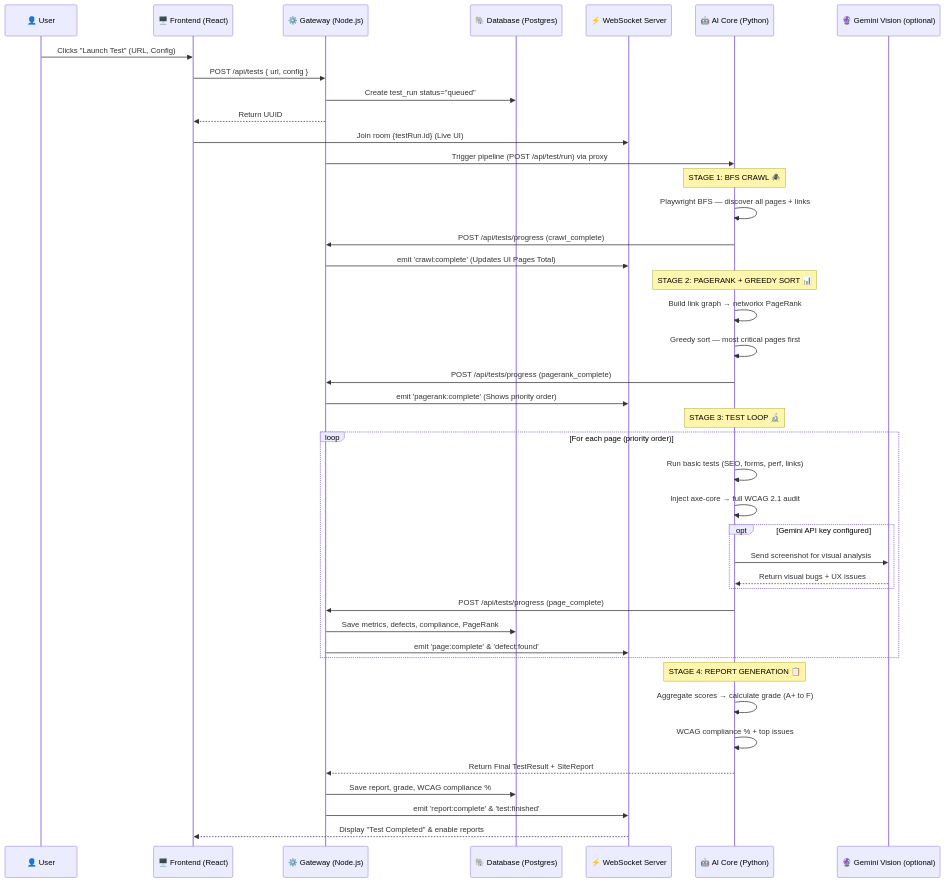
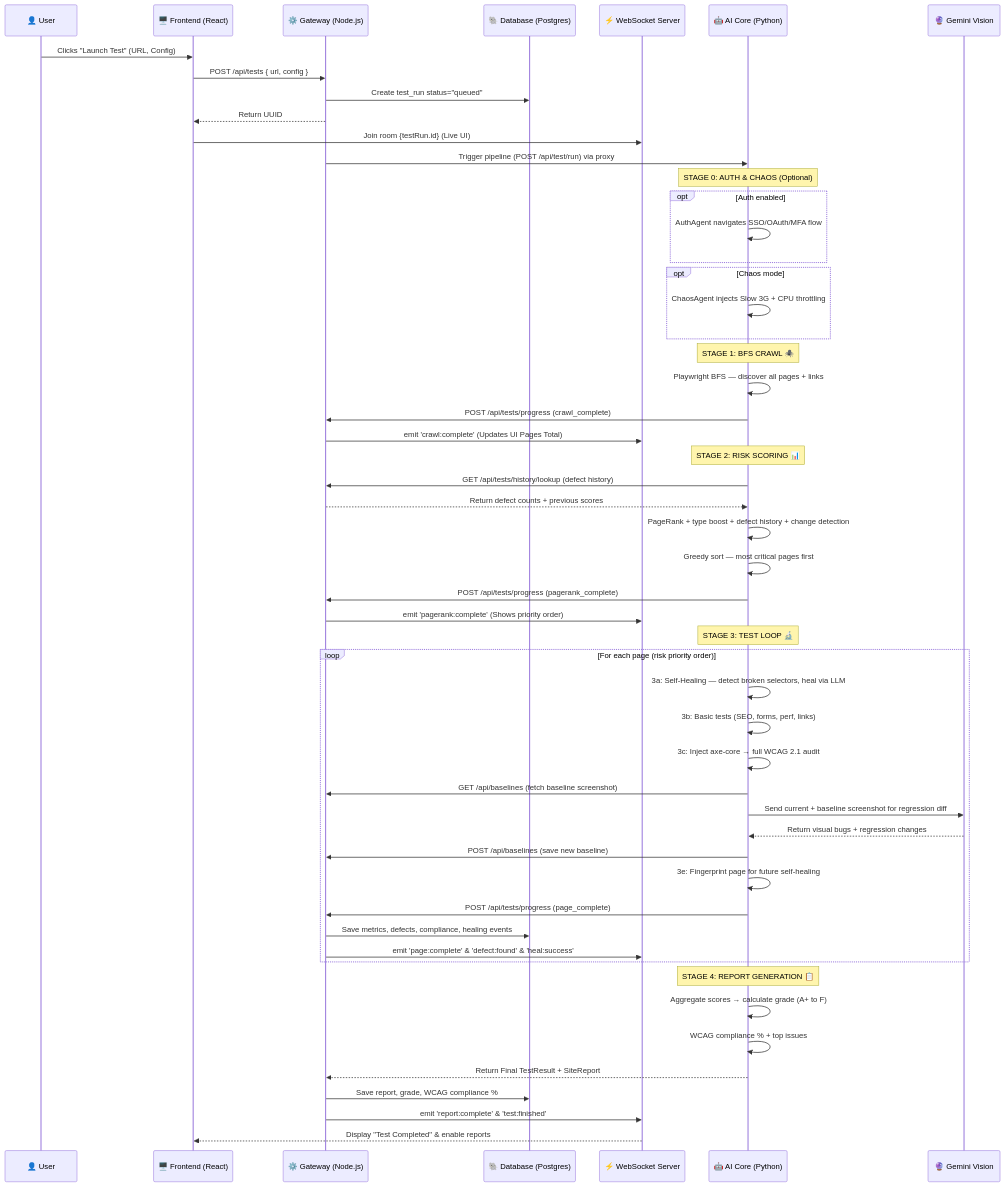
Before and after one commit to rohith2157/BUGZERO: the second of 3 diagrams in README.md, drawn with Mermaid. The commit also changed other lines of this file and 5 other files, not shown here.

````diff
--- a/README.md
+++ b/README.md
@@ -105,49 +142,61 @@
 ```mermaid
 sequenceDiagram
     participant U as 👤 User
     participant F as 🖥️ Frontend (React)
     participant G as ⚙️ Gateway (Node.js)
     participant DB as 🐘 Database (Postgres)
     participant W as ⚡ WebSocket Server
     participant A as 🤖 AI Core (Python)
-    participant Gem as 🔮 Gemini Vision (optional)
+    participant Gem as 🔮 Gemini Vision
 
     U->>F: Clicks "Launch Test" (URL, Config)
     F->>G: POST /api/tests { url, config }
     G->>DB: Create test_run status="queued"
     G-->>F: Return UUID
     F->>W: Join room {testRun.id} (Live UI)
     G->>A: Trigger pipeline (POST /api/test/run) via proxy
     
+    note over A: STAGE 0: AUTH & CHAOS (Optional)
+    opt Auth enabled
+        A->>A: AuthAgent navigates SSO/OAuth/MFA flow
+    end
+    opt Chaos mode
+        A->>A: ChaosAgent injects Slow 3G + CPU throttling
+    end
+    
     note over A: STAGE 1: BFS CRAWL 🕷️
     A->>A: Playwright BFS — discover all pages + links
     A->>G: POST /api/tests/progress (crawl_complete)
     G->>W: emit 'crawl:complete' (Updates UI Pages Total)
     
-    note over A: STAGE 2: PAGERANK + GREEDY SORT 📊
-    A->>A: Build link graph → networkx PageRank
+    note over A: STAGE 2: RISK SCORING 📊
+    A->>G: GET /api/tests/history/lookup (defect history)
+    G-->>A: Return defect counts + previous scores
+    A->>A: PageRank + type boost + defect history + change detection
     A->>A: Greedy sort — most critical pages first
     A->>G: POST /api/tests/progress (pagerank_complete)
     G->>W: emit 'pagerank:complete' (Shows priority order)
     
     note over A: STAGE 3: TEST LOOP 🔬
-    loop For each page (priority order)
-        A->>A: Run basic tests (SEO, forms, perf, links)
-        A->>A: Inject axe-core → full WCAG 2.1 audit
-        opt Gemini API key configured
-            A->>Gem: Send screenshot for visual analysis
-            Gem-->>A: Return visual bugs + UX issues
-        end
+    loop For each page (risk priority order)
+        A->>A: 3a: Self-Healing — detect broken selectors, heal via LLM
+        A->>A: 3b: Basic tests (SEO, forms, perf, links)
+        A->>A: 3c: Inject axe-core → full WCAG 2.1 audit
+        A->>G: GET /api/baselines (fetch baseline screenshot)
+        A->>Gem: Send current + baseline screenshot for regression diff
+        Gem-->>A: Return visual bugs + regression changes
+        A->>G: POST /api/baselines (save new baseline)
+        A->>A: 3e: Fingerprint page for future self-healing
         A->>G: POST /api/tests/progress (page_complete)
-        G->>DB: Save metrics, defects, compliance, PageRank
-        G->>W: emit 'page:complete' & 'defect:found'
+        G->>DB: Save metrics, defects, compliance, healing events
+        G->>W: emit 'page:complete' & 'defect:found' & 'heal:success'
     end
     
     note over A: STAGE 4: REPORT GENERATION 📋
     A->>A: Aggregate scores → calculate grade (A+ to F)
     A->>A: WCAG compliance % + top issues
     A-->>G: Return Final TestResult + SiteReport
     G->>DB: Save report, grade, WCAG compliance %
     G->>W: emit 'report:complete' & 'test:finished'
     W-->>F: Display "Test Completed" & enable reports
 ```
````
